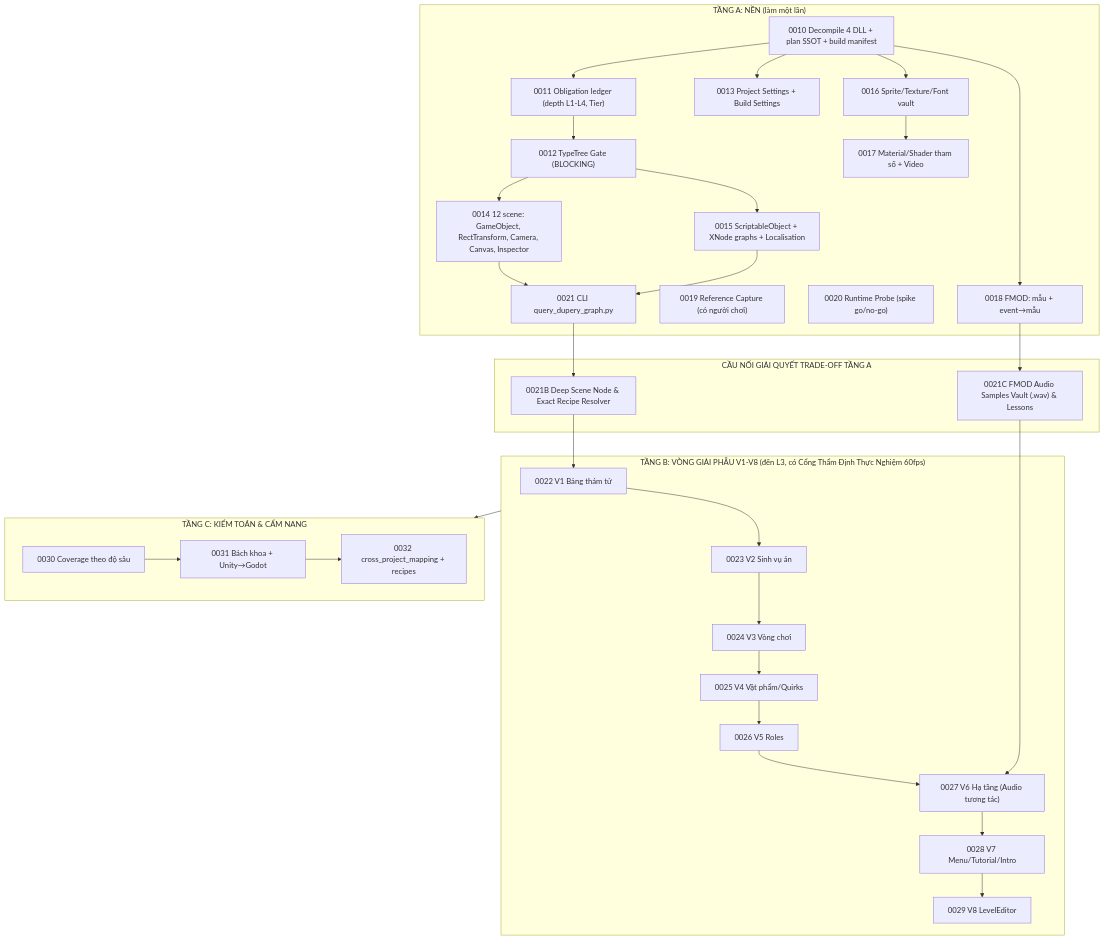
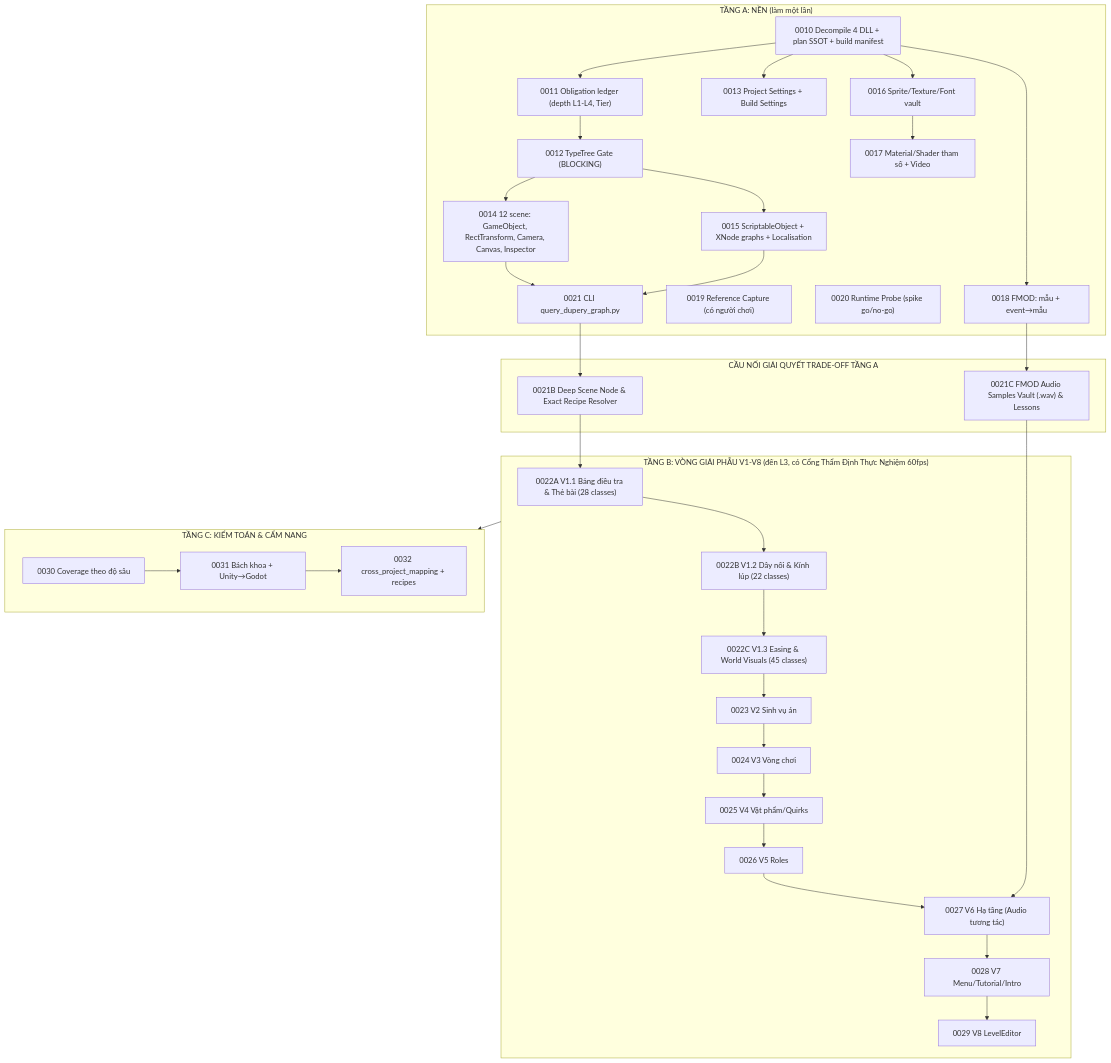
One commit to badorcapro/Than_Trung_2 changed the diagram in docs/agent-system/plans/PLAN-CHANG-3-DUPERY-RECONSTRUCTION.md. Above: the diagram before and after it, drawn with Mermaid. The commit also changed other lines of this file and 10 other files, not shown here.

Commit message:
feat(dupery): dissect detective board & cards architecture and model snap grid (TASK-0022A)

````diff
--- a/docs/agent-system/plans/PLAN-CHANG-3-DUPERY-RECONSTRUCTION.md
+++ b/docs/agent-system/plans/PLAN-CHANG-3-DUPERY-RECONSTRUCTION.md
@@ -81,40 +81,40 @@
 ```mermaid
 flowchart TD
     subgraph A["TẦNG A: NỀN (làm một lần)"]
         A10["0010 Decompile 4 DLL + plan SSOT + build manifest"]
         A11["0011 Obligation ledger (depth L1-L4, Tier)"]
         A12["0012 TypeTree Gate (BLOCKING)"]
         A13["0013 Project Settings + Build Settings"]
         A14["0014 12 scene: GameObject, RectTransform, Camera, Canvas, Inspector"]
         A15["0015 ScriptableObject + XNode graphs + Localisation"]
         A16["0016 Sprite/Texture/Font vault"]
         A17["0017 Material/Shader tham số + Video"]
         A18["0018 FMOD: mẫu + event→mẫu"]
         A19["0019 Reference Capture (có người chơi)"]
         A20["0020 Runtime Probe (spike go/no-go)"]
         A21["0021 CLI query_dupery_graph.py"]
         A10 --> A11 --> A12
         A12 --> A14
         A12 --> A15
         A10 --> A13
         A10 --> A16 --> A17
         A10 --> A18
         A14 --> A21
         A15 --> A21
     end
     subgraph AB["CẦU NỐI GIẢI QUYẾT TRADE-OFF TẦNG A"]
         A21B["0021B Deep Scene Node & Exact Recipe Resolver"]
         A21C["0021C FMOD Audio Samples Vault (.wav) & Lessons"]
         A21 --> A21B
         A18 --> A21C
     end
     subgraph B["TẦNG B: VÒNG GIẢI PHẪU V1-V8 (đến L3, có Cổng Thẩm Định Thực Nghiệm 60fps)"]
-        B1["0022 V1 Bảng thám tử"] --> B2["0023 V2 Sinh vụ án"] --> B3["0024 V3 Vòng chơi"] --> B4["0025 V4 Vật phẩm/Quirks"] --> B5["0026 V5 Roles"] --> B6["0027 V6 Hạ tầng (Audio tương tác)"] --> B7["0028 V7 Menu/Tutorial/Intro"] --> B8["0029 V8 LevelEditor"]
-        A21B --> B1
+        B1A["0022A V1.1 Bảng điều tra & Thẻ bài (28 classes)"] --> B1B["0022B V1.2 Dây nối & Kính lúp (22 classes)"] --> B1C["0022C V1.3 Easing & World Visuals (45 classes)"] --> B2["0023 V2 Sinh vụ án"] --> B3["0024 V3 Vòng chơi"] --> B4["0025 V4 Vật phẩm/Quirks"] --> B5["0026 V5 Roles"] --> B6["0027 V6 Hạ tầng (Audio tương tác)"] --> B7["0028 V7 Menu/Tutorial/Intro"] --> B8["0029 V8 LevelEditor"]
+        A21B --> B1A
         A21C --> B6
     end
     subgraph C["TẦNG C: KIỂM TOÁN & CẨM NANG"]
         C30["0030 Coverage theo độ sâu"] --> C31["0031 Bách khoa + Unity→Godot"] --> C32["0032 cross_project_mapping + recipes"]
     end
     B --> C
 ```
````
